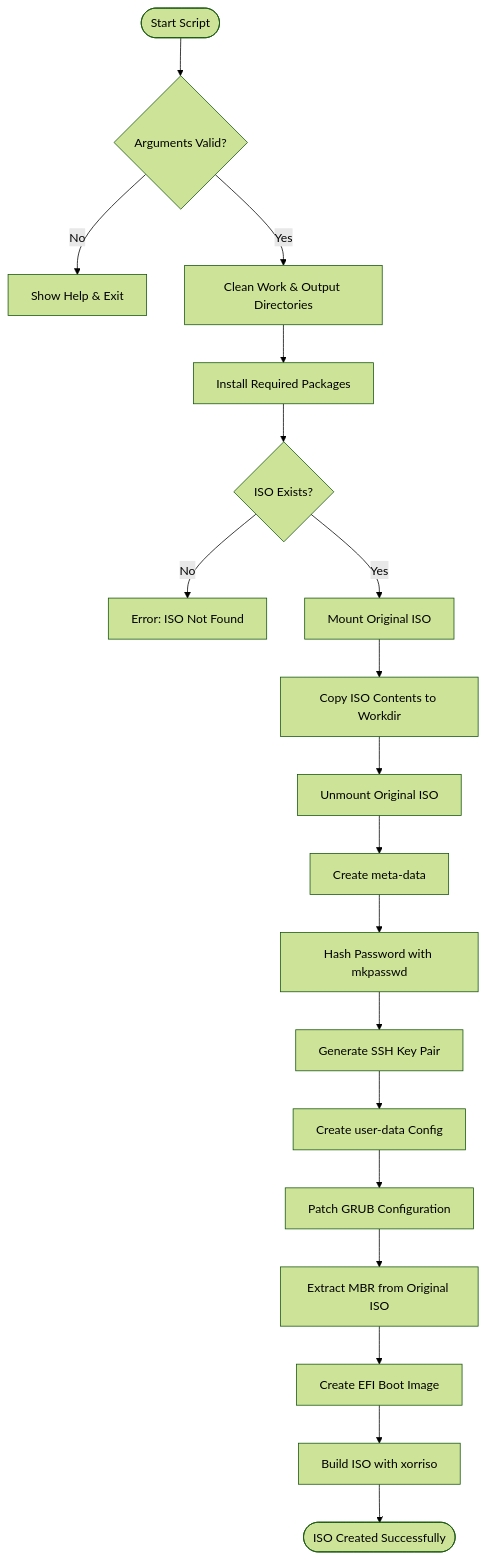
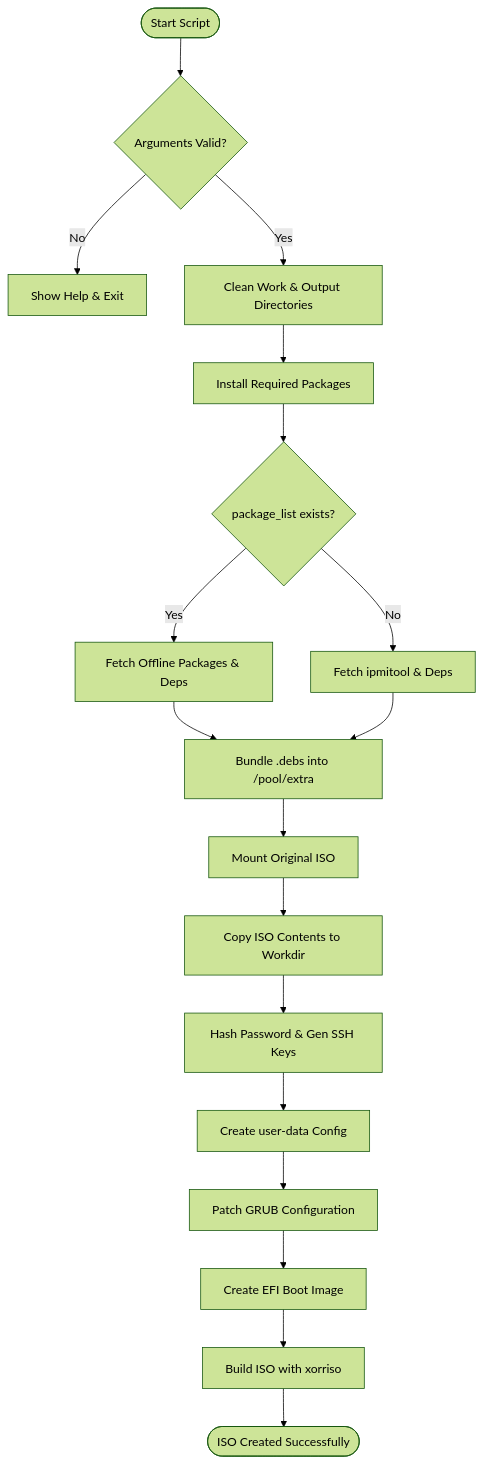
One commit to cyril1974/os_auto_deployment changed the first of 2 diagrams in autoinstall/doc/02_workflow.md. Above: the diagram before and after it, drawn with Mermaid (forest theme). The commit also changed other lines of this file and 6 other files, not shown here.

````diff
--- a/autoinstall/doc/02_workflow.md
+++ b/autoinstall/doc/02_workflow.md
@@ -5,21 +5,20 @@
 ```mermaid
 flowchart TD
     Start([Start Script]) --> CheckArgs{Arguments Valid?}
     CheckArgs -->|No| ShowHelp[Show Help & Exit]
     CheckArgs -->|Yes| CleanDirs[Clean Work & Output Directories]
     CleanDirs --> InstallPkgs[Install Required Packages]
-    InstallPkgs --> CheckISO{ISO Exists?}
-    CheckISO -->|No| Error1[Error: ISO Not Found]
-    CheckISO -->|Yes| MountISO[Mount Original ISO]
+    InstallPkgs --> DetectPkgList{package_list exists?}
+    DetectPkgList -->|Yes| FetchPkgs[Fetch Offline Packages & Deps]
+    DetectPkgList -->|No| FetchIPMI[Fetch ipmitool & Deps]
+    FetchPkgs --> BundlePkgs[Bundle .debs into /pool/extra]
+    FetchIPMI --> BundlePkgs
+    BundlePkgs --> MountISO[Mount Original ISO]
     MountISO --> CopyISO[Copy ISO Contents to Workdir]
-    CopyISO --> Unmount[Unmount Original ISO]
-    Unmount --> CreateMeta[Create meta-data]
-    CreateMeta --> HashPwd[Hash Password with mkpasswd]
-    HashPwd --> GenSSH[Generate SSH Key Pair]
-    GenSSH --> CreateUser[Create user-data Config]
+    CopyISO --> GenDH[Hash Password & Gen SSH Keys]
+    GenDH --> CreateUser[Create user-data Config]
     CreateUser --> PatchGRUB[Patch GRUB Configuration]
-    PatchGRUB --> ExtractMBR[Extract MBR from Original ISO]
-    ExtractMBR --> CreateEFI[Create EFI Boot Image]
+    PatchGRUB --> CreateEFI[Create EFI Boot Image]
     CreateEFI --> BuildISO[Build ISO with xorriso]
     BuildISO --> Done([ISO Created Successfully])
 ```
````
